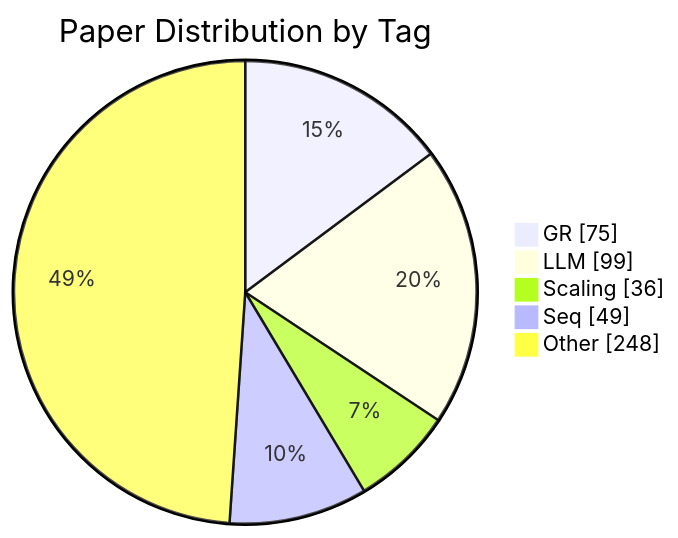
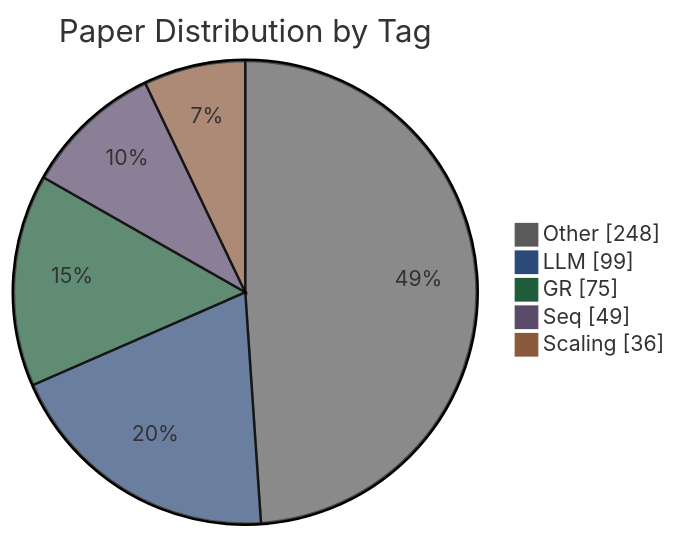
One commit to ShawnBIT/reco-arxiv-daily changed the diagram in README.md. Above: the diagram before and after it, drawn with Mermaid. The commit also changed other lines of this file and 1 other file, not shown here.

Commit message:
feat: 饼图直接展示、配色与 Tag 一致、增加统计起始日期与总篇数说明
- 去掉 details 折叠，饼图直接显示
- Mermaid themeVariables 与 GR/LLM/Scaling/Seq/Other 配色一致
- 下方说明：统计自最早论文日期起，共计 N 篇

Made-with: Cursor

````diff
--- a/README.md
+++ b/README.md
@@ -6,9 +6,16 @@
 ```mermaid
+%%{init: {'theme':'base', 'themeVariables': {
+  'pie1':'#5a5a5a',
+  'pie2':'#2c4a78',
+  'pie3':'#1e5c3a',
+  'pie4':'#5a4a6a',
+  'pie5':'#8b5a3c'
+}}}%%
 pie showData
 title Paper Distribution by Tag
+  "Other" : 248
+  "LLM" : 99
   "GR" : 75
-  "LLM" : 99
+  "Seq" : 49
   "Scaling" : 36
-  "Seq" : 49
-  "Other" : 248
 ```
````
